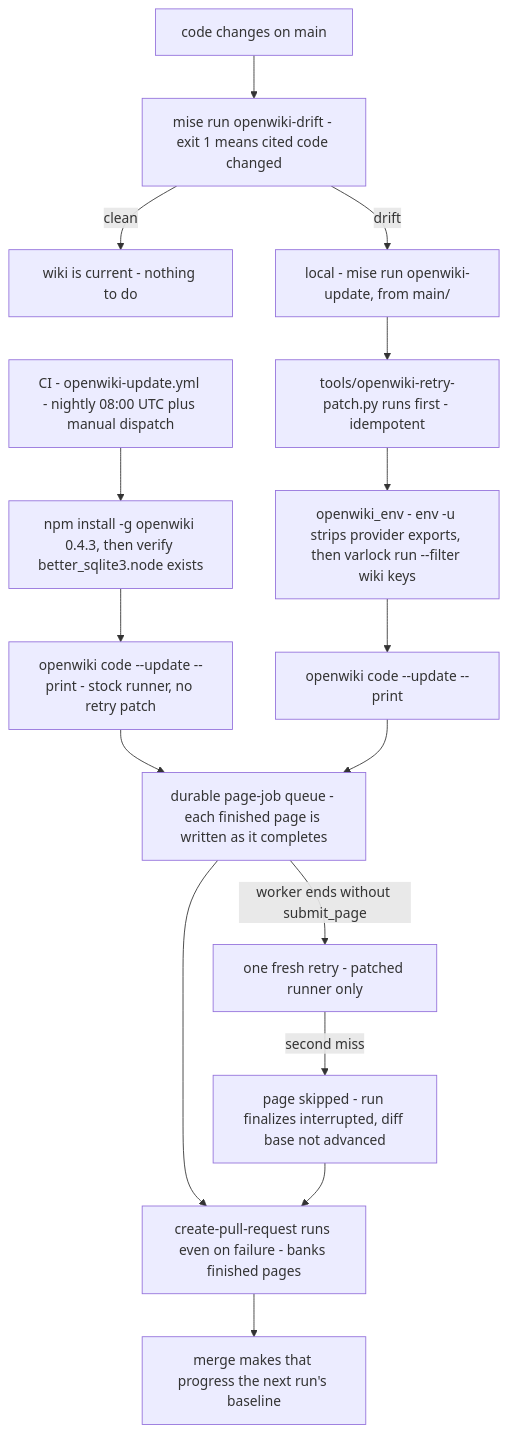
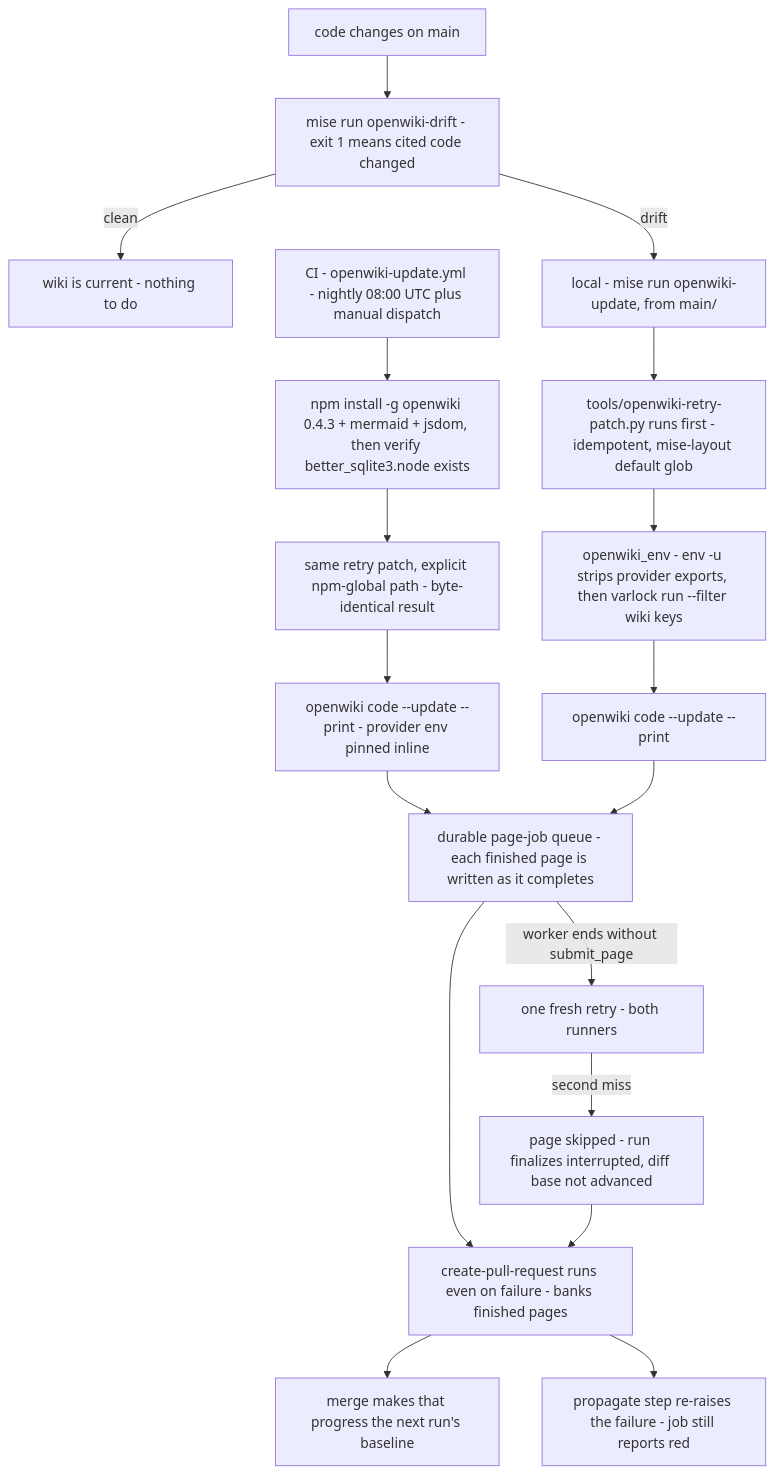
The diagram in openwiki/operations/wiki-automation.md (drmikecrowe/harnessed), drawn with Mermaid before and after one commit. The commit also changed other lines of this file and 55 other files, not shown here.

````diff
--- a/openwiki/operations/wiki-automation.md
+++ b/openwiki/operations/wiki-automation.md
@@ -39,18 +44,20 @@
 ```mermaid
 flowchart TD
     changed["code changes on main"] --> driftq["mise run openwiki-drift - exit 1 means cited code changed"]
     driftq -->|"clean"| current["wiki is current - nothing to do"]
     driftq -->|"drift"| local["local - mise run openwiki-update, from main/"]
-    local --> patch["tools/openwiki-retry-patch.py runs first - idempotent"]
+    local --> patch["tools/openwiki-retry-patch.py runs first - idempotent, mise-layout default glob"]
     patch --> envw["openwiki_env - env -u strips provider exports, then varlock run --filter wiki keys"]
     envw --> gen["openwiki code --update --print"]
-    nightly["CI - openwiki-update.yml - nightly 08:00 UTC plus manual dispatch"] --> ciinstall["npm install -g openwiki 0.4.3, then verify better_sqlite3.node exists"]
-    ciinstall --> cirun["openwiki code --update --print - stock runner, no retry patch"]
+    nightly["CI - openwiki-update.yml - nightly 08:00 UTC plus manual dispatch"] --> ciinstall["npm install -g openwiki 0.4.3 + mermaid + jsdom, then verify better_sqlite3.node exists"]
+    ciinstall --> cipatch["same retry patch, explicit npm-global path - byte-identical result"]
+    cipatch --> cirun["openwiki code --update --print - provider env pinned inline"]
     cirun --> queue["durable page-job queue - each finished page is written as it completes"]
     gen --> queue
-    queue -->|"worker ends without submit_page"| retry["one fresh retry - patched runner only"]
+    queue -->|"worker ends without submit_page"| retry["one fresh retry - both runners"]
     retry -->|"second miss"| skip["page skipped - run finalizes interrupted, diff base not advanced"]
     queue --> pr["create-pull-request runs even on failure - banks finished pages"]
     skip --> pr
     pr --> merge["merge makes that progress the next run's baseline"]
+    pr --> red["propagate step re-raises the failure - job still reports red"]
 ```
````
